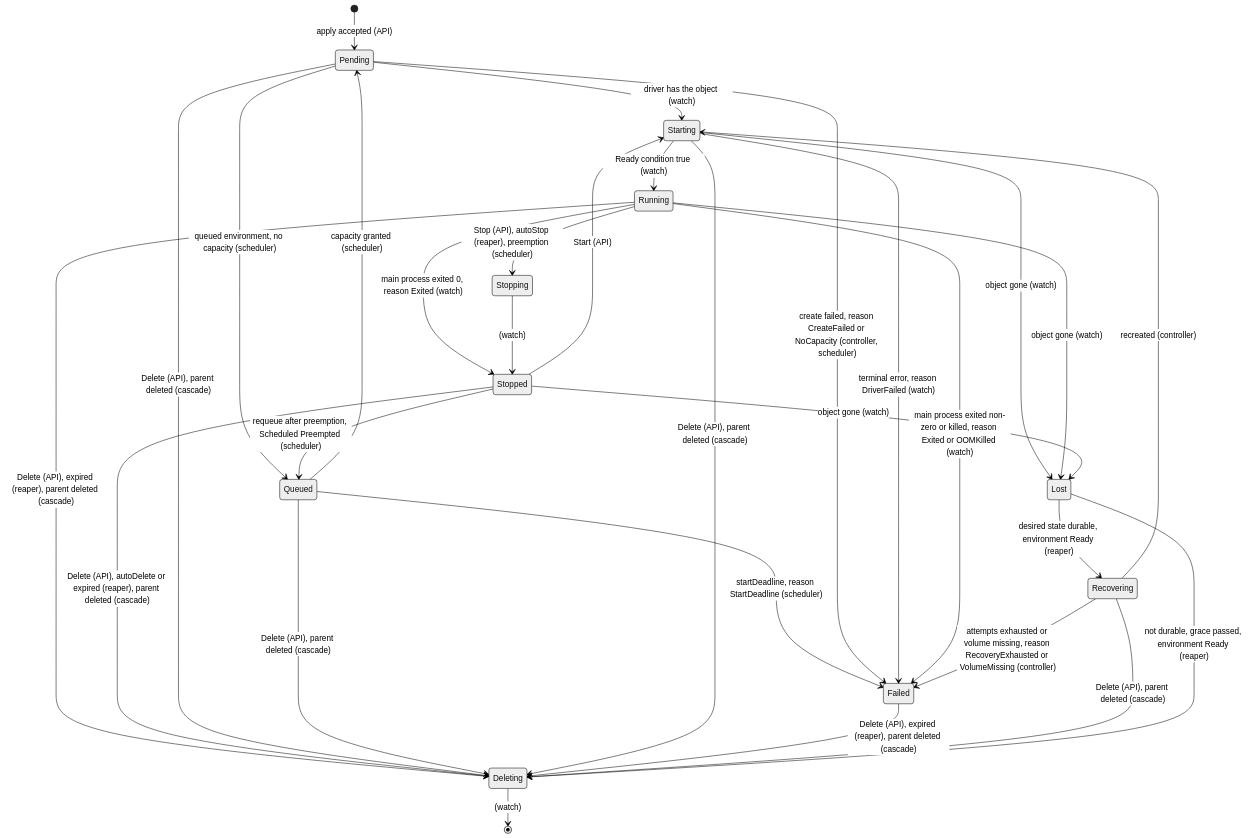
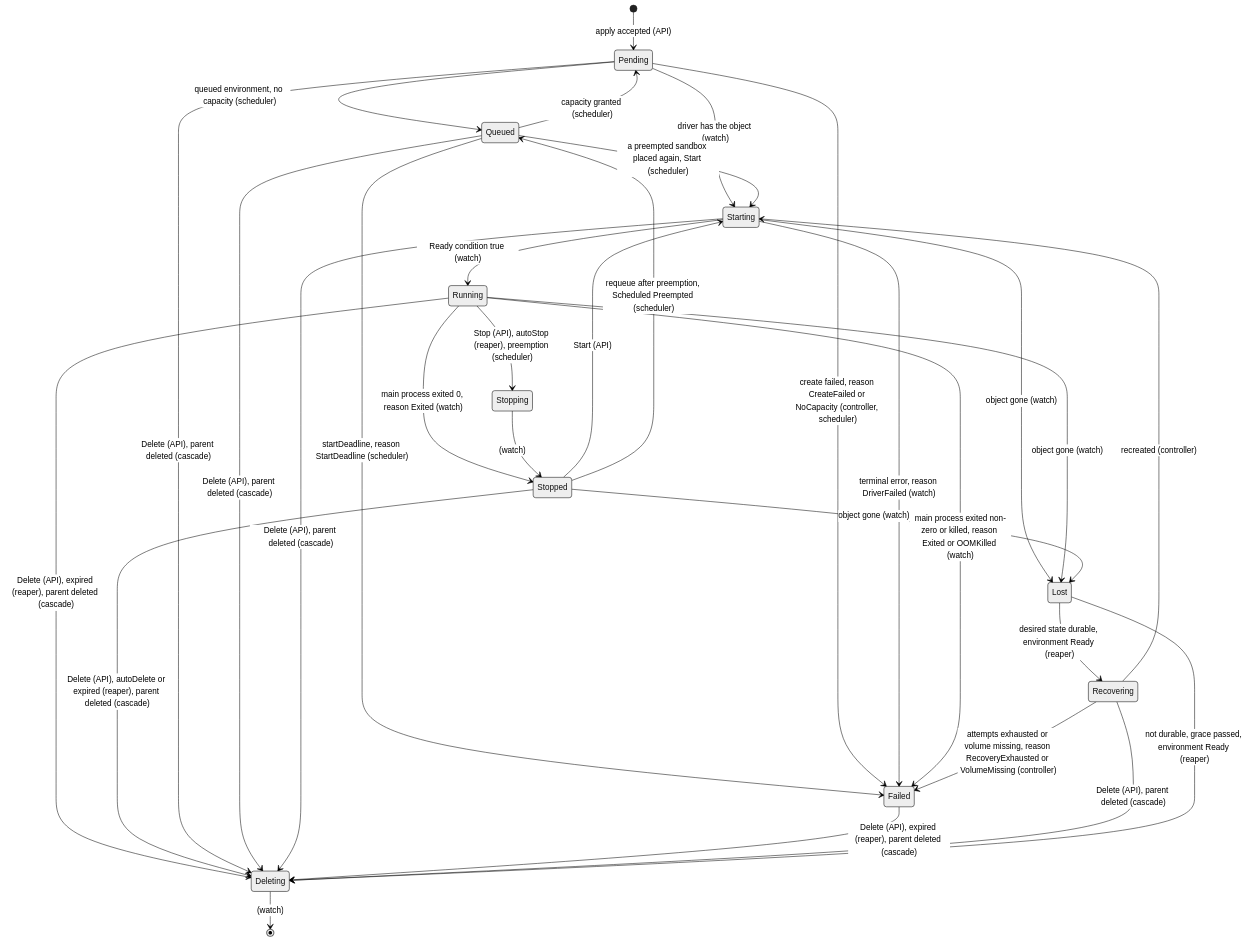
One commit to latere-ai/cella changed the diagram in specs/005-lifecycle-controller.md. Above: the diagram before and after it, drawn with Mermaid (neutral theme). The commit also changed other lines of this file and 4 other files, not shown here.

````diff
--- a/specs/005-lifecycle-controller.md
+++ b/specs/005-lifecycle-controller.md
@@ -46,32 +46,33 @@
 ```mermaid
 stateDiagram-v2
   [*] --> Pending: apply accepted (API)
   Pending --> Queued: queued environment, no capacity (scheduler)
   Queued --> Pending: capacity granted (scheduler)
   Queued --> Failed: startDeadline, reason StartDeadline (scheduler)
   Pending --> Failed: create failed, reason CreateFailed or NoCapacity (controller, scheduler)
   Pending --> Starting: driver has the object (watch)
   Starting --> Running: Ready condition true (watch)
   Starting --> Failed: terminal error, reason DriverFailed (watch)
   Starting --> Lost: object gone (watch)
   Running --> Stopped: main process exited 0, reason Exited (watch)
   Running --> Failed: main process exited non-zero or killed, reason Exited or OOMKilled (watch)
   Running --> Stopping: Stop (API), autoStop (reaper), preemption (scheduler)
   Stopping --> Stopped: (watch)
   Stopped --> Starting: Start (API)
   Stopped --> Queued: requeue after preemption, Scheduled Preempted (scheduler)
+  Queued --> Starting: a preempted sandbox placed again, Start (scheduler)
   Running --> Deleting: Delete (API), expired (reaper), parent deleted (cascade)
   Stopped --> Deleting: Delete (API), autoDelete or expired (reaper), parent deleted (cascade)
   Pending --> Deleting: Delete (API), parent deleted (cascade)
   Queued --> Deleting: Delete (API), parent deleted (cascade)
   Starting --> Deleting: Delete (API), parent deleted (cascade)
   Failed --> Deleting: Delete (API), expired (reaper), parent deleted (cascade)
   Recovering --> Deleting: Delete (API), parent deleted (cascade)
   Running --> Lost: object gone (watch)
   Stopped --> Lost: object gone (watch)
   Lost --> Recovering: desired state durable, environment Ready (reaper)
   Lost --> Deleting: not durable, grace passed, environment Ready (reaper)
   Recovering --> Starting: recreated (controller)
   Recovering --> Failed: attempts exhausted or volume missing, reason RecoveryExhausted or VolumeMissing (controller)
   Deleting --> [*]: (watch)
 ```
````
